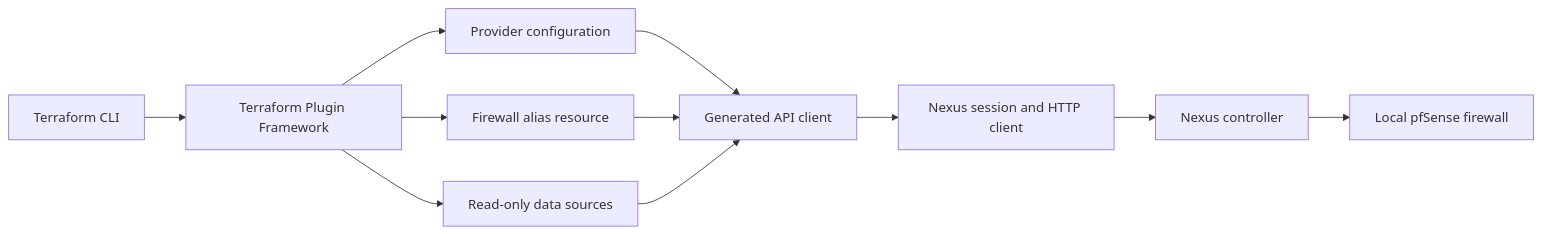
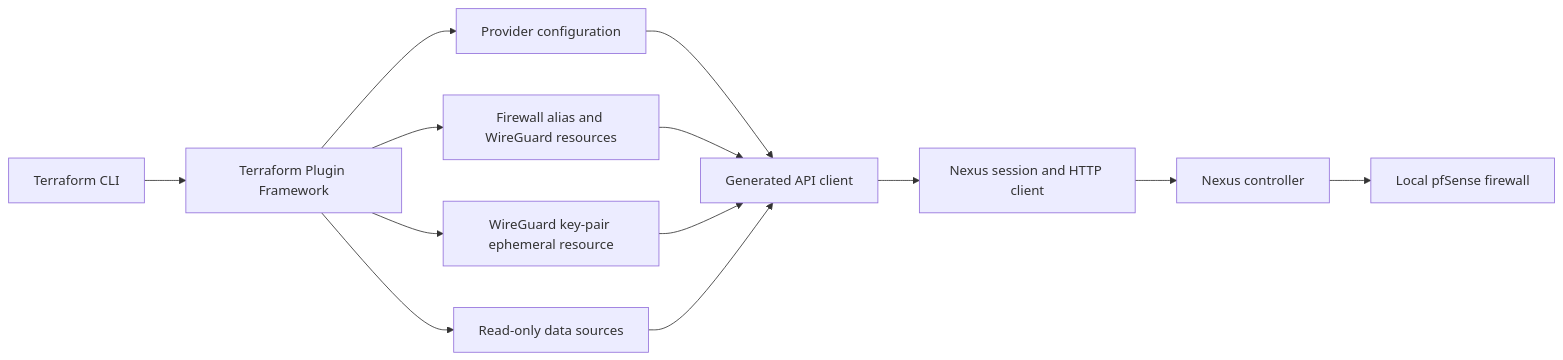
One commit to geo-gaussian/pfsense-provider changed the diagram in ARCHITECTURE.md. Above: the diagram before and after it, drawn with Mermaid. The commit also changed other lines of this file and 49 other files, not shown here.

First line of the commit message:
PFSN-008: Implementing WireGuard operations (#16)

````diff
--- a/ARCHITECTURE.md
+++ b/ARCHITECTURE.md
@@ -26,13 +32,15 @@
 ```mermaid
 flowchart LR
   TF[Terraform CLI] --> Framework[Terraform Plugin Framework]
   Framework --> Provider[Provider configuration]
-  Framework --> Resource[Firewall alias resource]
+  Framework --> Resource[Firewall alias and WireGuard resources]
+  Framework --> Ephemeral[WireGuard key-pair ephemeral resource]
   Framework --> Data[Read-only data sources]
   Provider --> API[Generated API client]
   Resource --> API
+  Ephemeral --> API
   Data --> API
   API --> Client[Nexus session and HTTP client]
   Client --> Nexus[Nexus controller]
   Nexus --> Firewall[Local pfSense firewall]
 ```
````
